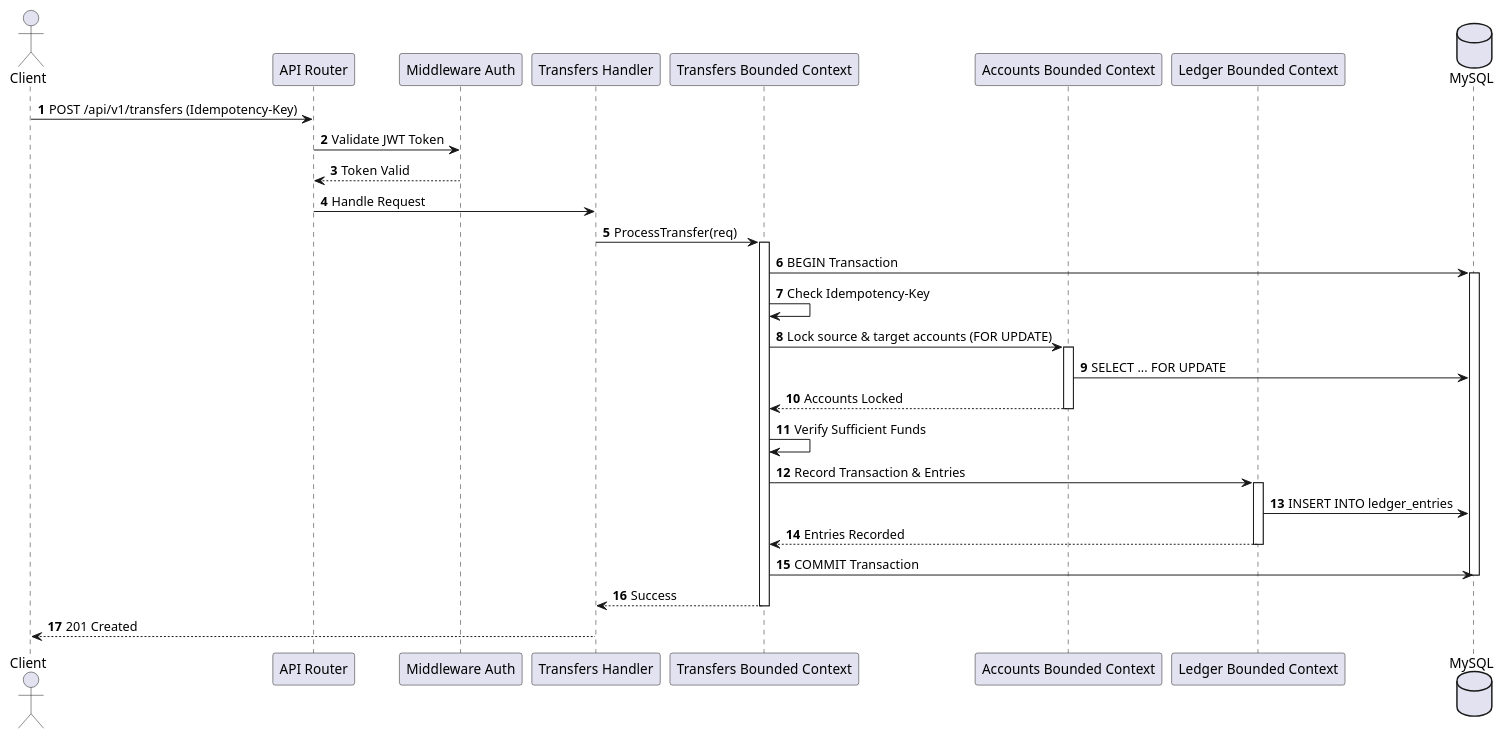
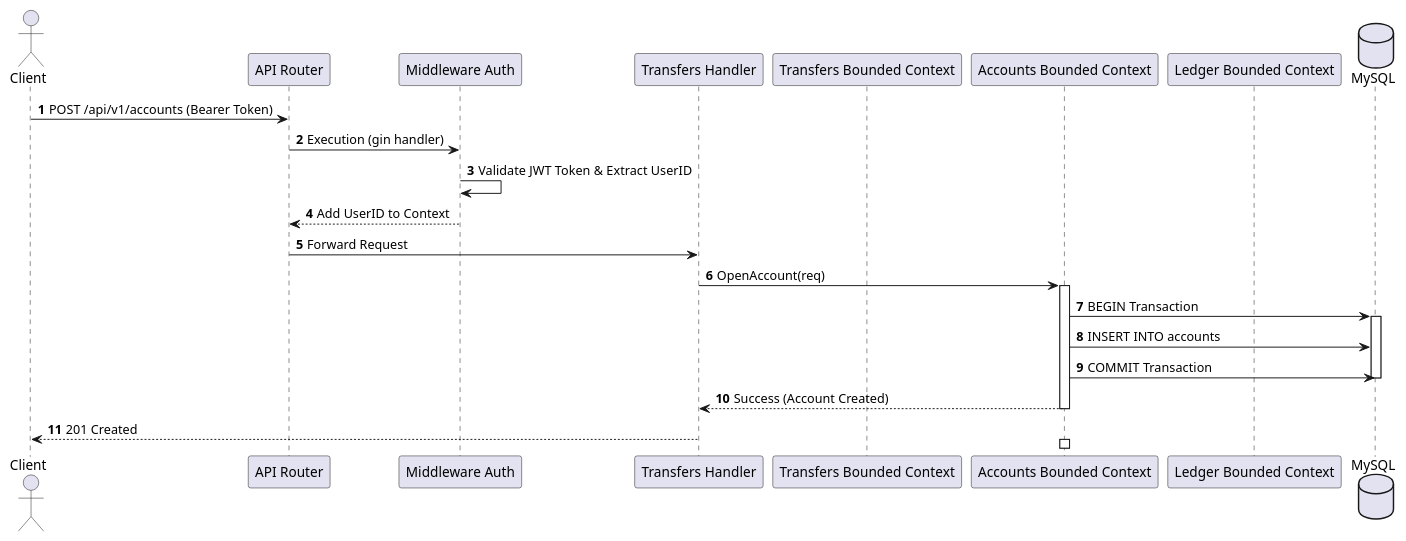
One commit to VelaSam/CanBankX_Samuel_Velasco changed the diagram in docs/architecture/puml/process_view.puml. Above: the diagram before and after it, drawn with PlantUML. The commit also changed 2 other files, not shown here.

```diff
--- a/docs/architecture/puml/process_view.puml
+++ b/docs/architecture/puml/process_view.puml
@@ -1,48 +1,35 @@
 @startuml ProcessViewDiagram
 autonumber
 
 actor Client
 participant "API Router" as Router
 participant "Middleware Auth" as Auth
 participant "Transfers Handler" as Handler
 participant "Transfers Bounded Context" as Transfers
 participant "Accounts Bounded Context" as Accounts
 participant "Ledger Bounded Context" as Ledger
 database "MySQL" as DB
 
-Client -> Router: POST /api/v1/transfers (Idempotency-Key)
-Router -> Auth: Validate JWT Token
-Auth --> Router: Token Valid
-Router -> Handler: Handle Request
+Client -> Router: POST /api/v1/accounts (Bearer Token)
+Router -> Auth: Execution (gin handler)
+Auth -> Auth: Validate JWT Token & Extract UserID
+Auth --> Router: Add UserID to Context
+Router -> Handler: Forward Request
+ 
+Handler -> Accounts: OpenAccount(req)
+activate Accounts
 
-Handler -> Transfers: ProcessTransfer(req)
-activate Transfers
-
-Transfers -> DB: BEGIN Transaction
+Accounts -> DB: BEGIN Transaction
 activate DB
-
-Transfers -> Transfers: Check Idempotency-Key
-
-Transfers -> Accounts: Lock source & target accounts (FOR UPDATE)
-activate Accounts
-Accounts -> DB: SELECT ... FOR UPDATE
-Accounts --> Transfers: Accounts Locked
-deactivate Accounts
-
-Transfers -> Transfers: Verify Sufficient Funds
-
-Transfers -> Ledger: Record Transaction & Entries
-activate Ledger
-Ledger -> DB: INSERT INTO ledger_entries
-Ledger --> Transfers: Entries Recorded
-deactivate Ledger
-
-Transfers -> DB: COMMIT Transaction
+ 
+Accounts -> DB: INSERT INTO accounts
+Accounts -> DB: COMMIT Transaction
 deactivate DB
 
-Transfers --> Handler: Success
-deactivate Transfers
-
+Accounts --> Handler: Success (Account Created)
+deactivate Accounts
+ 
 Handler --> Client: 201 Created
+activate Accounts
 
 @enduml
```
